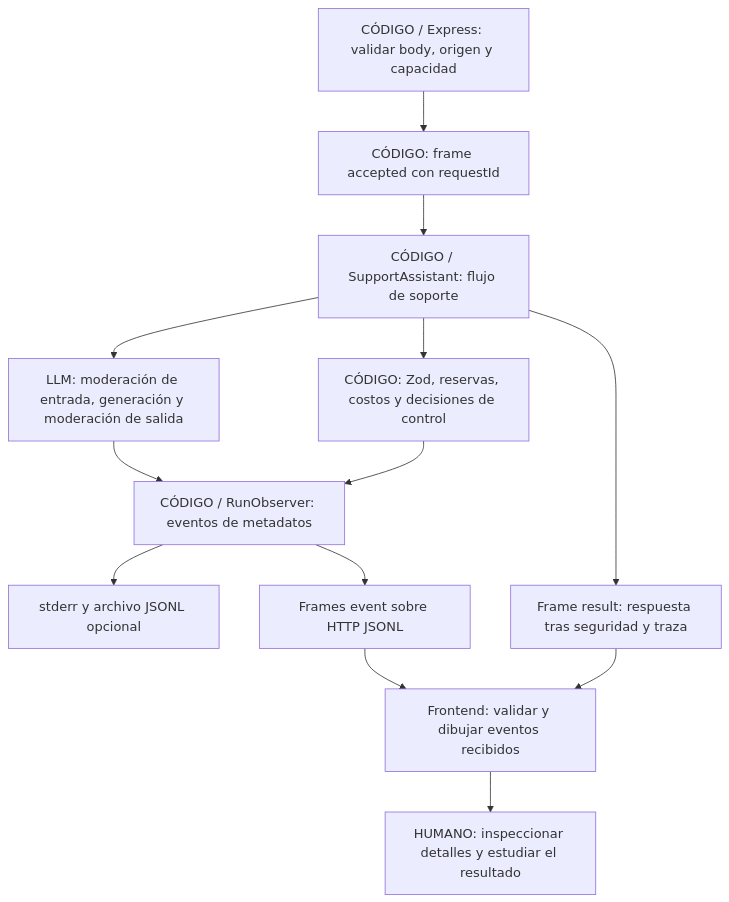
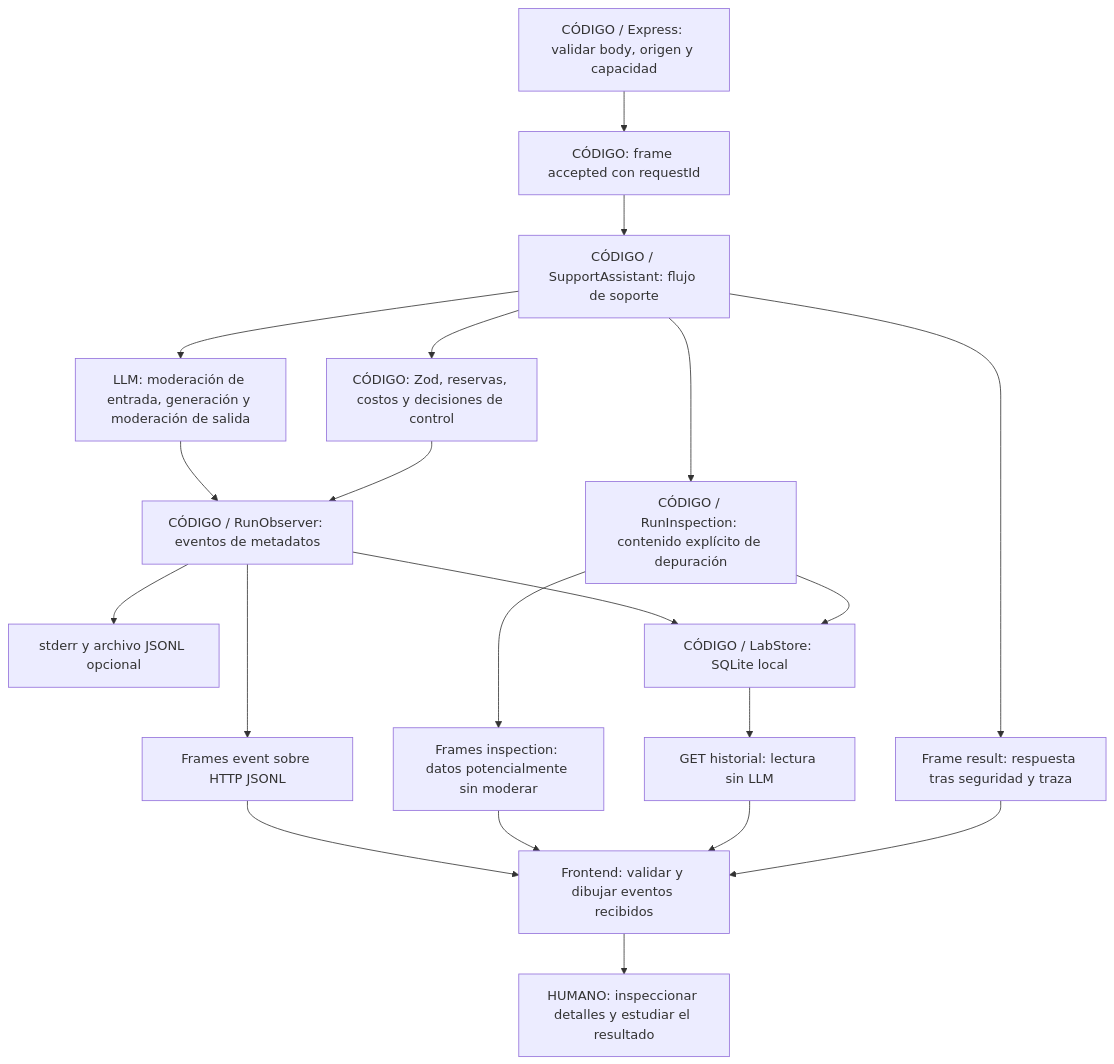
One commit to RobTangle/nubix-support-model changed the diagram in docs/live-observability.md. Above: the diagram before and after it, drawn with Mermaid. The commit also changed other lines of this file and 3 other files, not shown here.

Commit message:
docs: explain live lab storage, inspection and evaluation review

````diff
--- a/docs/live-observability.md
+++ b/docs/live-observability.md
@@ -44,14 +44,19 @@
 ```mermaid
 flowchart TD
   HTTP["CÓDIGO / Express: validar body, origen y capacidad"] --> ACCEPT["CÓDIGO: frame accepted con requestId"]
   ACCEPT --> RUN["CÓDIGO / SupportAssistant: flujo de soporte"]
   RUN --> LLM["LLM: moderación de entrada, generación y moderación de salida"]
   RUN --> LOCAL["CÓDIGO: Zod, reservas, costos y decisiones de control"]
   LLM & LOCAL --> OBS["CÓDIGO / RunObserver: eventos de metadatos"]
   OBS --> LOG["stderr y archivo JSONL opcional"]
   OBS --> STREAM["Frames event sobre HTTP JSONL"]
+  RUN --> INSPECT["CÓDIGO / RunInspection: contenido explícito de depuración"]
+  INSPECT --> DATA["Frames inspection: datos potencialmente sin moderar"]
+  OBS & INSPECT --> DB["CÓDIGO / LabStore: SQLite local"]
+  DB --> HISTORY["GET historial: lectura sin LLM"]
   STREAM --> VIEW["Frontend: validar y dibujar eventos recibidos"]
+  DATA & HISTORY --> VIEW
   RUN --> RESULT["Frame result: respuesta tras seguridad y traza"]
   RESULT --> VIEW
   VIEW --> HUMAN["HUMANO: inspeccionar detalles y estudiar el resultado"]
 ```
````
